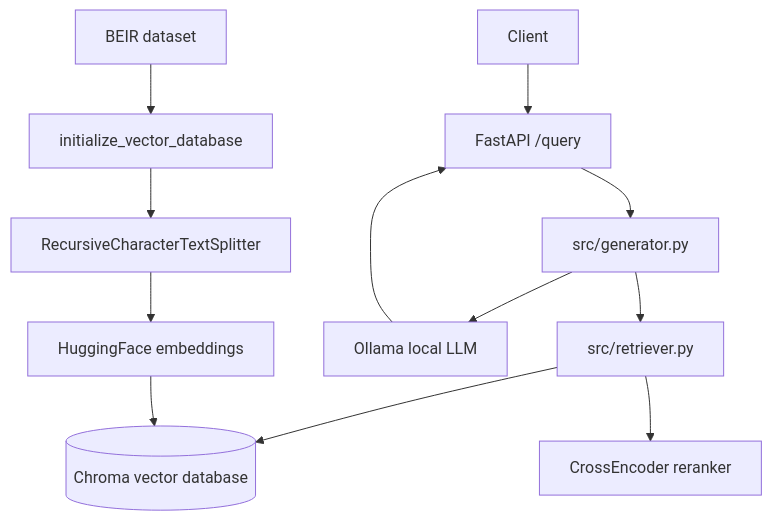
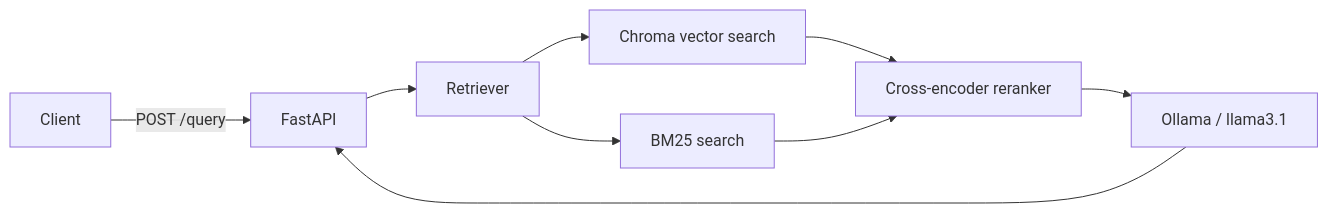
Before and after one commit to bomin0624/ollama-rag-webapp: the diagram in README.md, drawn with Mermaid. The commit also changed other lines of this file and 6 other files, not shown here.

````diff
--- a/README.md
+++ b/README.md
@@ -7,15 +10,11 @@
 ```mermaid
-flowchart TD
-		Client[Client] --> API[FastAPI /query]
-		API --> Generator[src/generator.py]
-		Generator --> Retriever[src/retriever.py]
-		Retriever --> Chroma[(Chroma vector database)]
-		Retriever --> Reranker[CrossEncoder reranker]
-		Generator --> Ollama[Ollama local LLM]
-		Ollama --> API
-
-		Dataset[BEIR dataset] --> InitDB[initialize_vector_database]
-		InitDB --> Splitter[RecursiveCharacterTextSplitter]
-		Splitter --> Embedding[HuggingFace embeddings]
-		Embedding --> Chroma
+flowchart LR
+    Client -->|POST /query| API[FastAPI]
+    API --> Retriever
+    Retriever --> Vector[Chroma vector search]
+    Retriever --> BM25[BM25 search]
+    Vector --> Reranker[Cross-encoder reranker]
+    BM25 --> Reranker
+    Reranker --> Ollama[Ollama / llama3.1]
+    Ollama --> API
 ```
````
